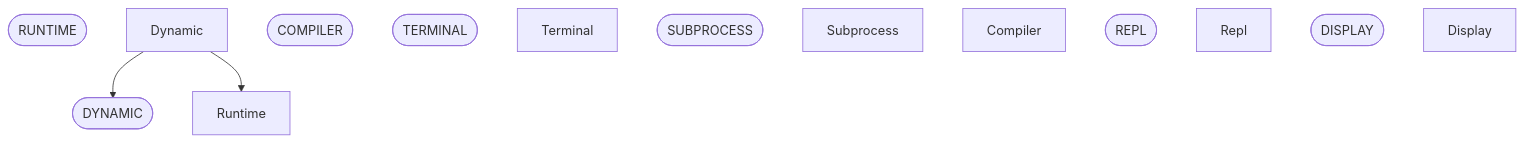
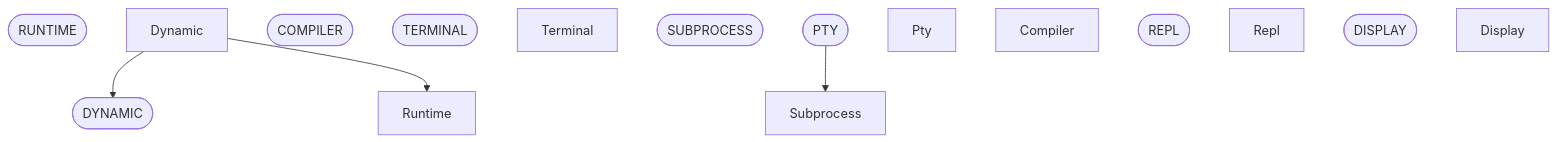
One commit to ruudkoot/rune changed the ninth of 9 diagrams in docs/lib/basis/depends.md. Above: the diagram before and after it, drawn with Mermaid. The commit also changed other lines of this file and 74 other files, not shown here.

````diff
--- a/docs/lib/basis/depends.md
+++ b/docs/lib/basis/depends.md
@@ -434,19 +434,22 @@
 ```mermaid
 flowchart TD
   n86(["RUNTIME"])
   n87["Runtime"]
   n88(["DYNAMIC"])
   n89["Dynamic"]
   n90(["COMPILER"])
   n91(["TERMINAL"])
   n92["Terminal"]
   n93(["SUBPROCESS"])
   n94["Subprocess"]
-  n95["Compiler"]
-  n96(["REPL"])
-  n97["Repl"]
-  n98(["DISPLAY"])
-  n99["Display"]
+  n95(["PTY"])
+  n96["Pty"]
+  n97["Compiler"]
+  n98(["REPL"])
+  n99["Repl"]
+  n100(["DISPLAY"])
+  n101["Display"]
   n89 --> n88
   n89 --> n87
+  n95 --> n94
 ```
````
